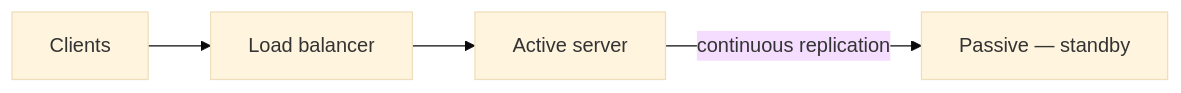
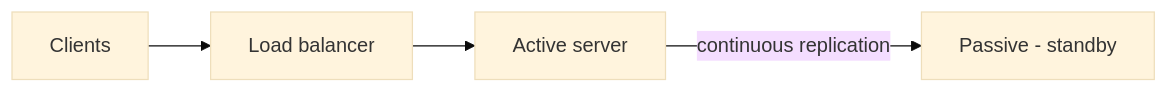
Before and after one commit to hareramcse/SystemDesign: the tenth of 21 diagrams in 12-reliability-engineering/README.md, drawn with Mermaid (base theme). The commit also changed other lines of this file, not shown here.

````diff
--- a/12-reliability-engineering/README.md
+++ b/12-reliability-engineering/README.md
@@ -445,6 +508,6 @@
 ```mermaid
 flowchart LR
     Clients[Clients] --> LB[Load balancer]
     LB --> Active[Active server]
-    Active -->|continuous replication| Passive[Passive — standby]
+    Active -->|continuous replication| Passive[Passive - standby]
 ```
````
